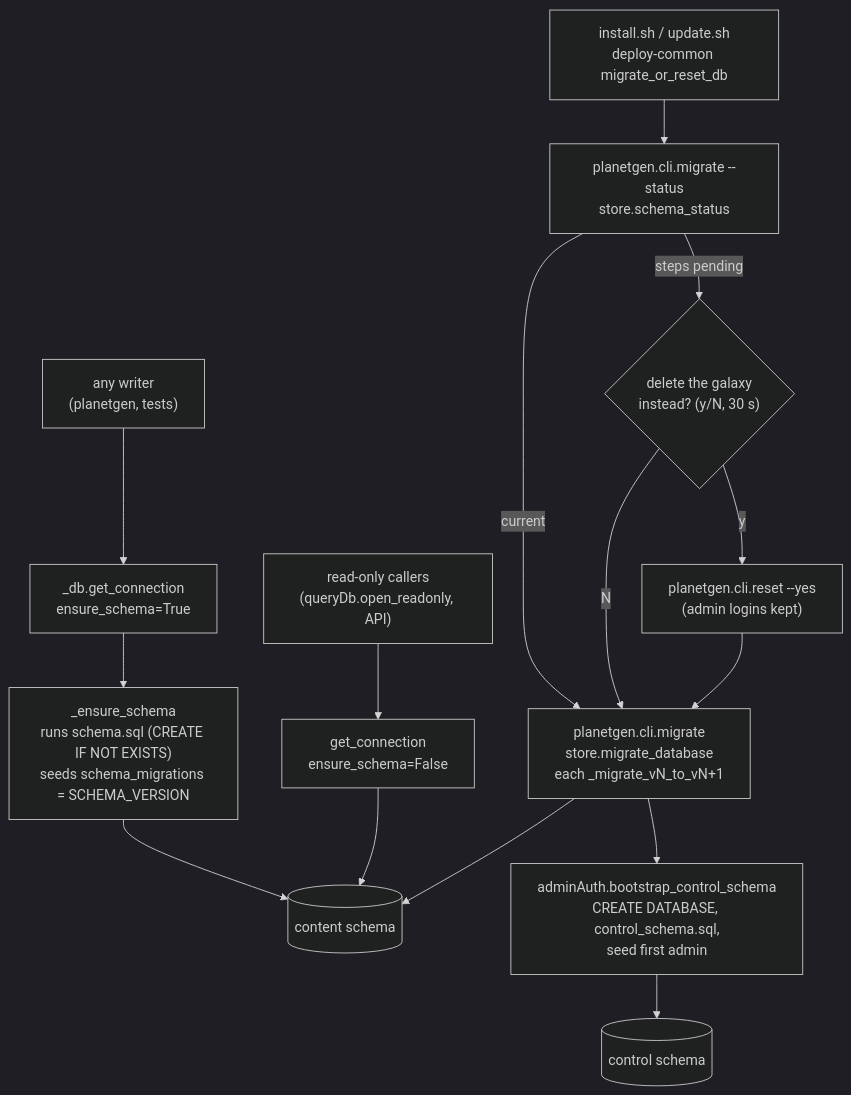
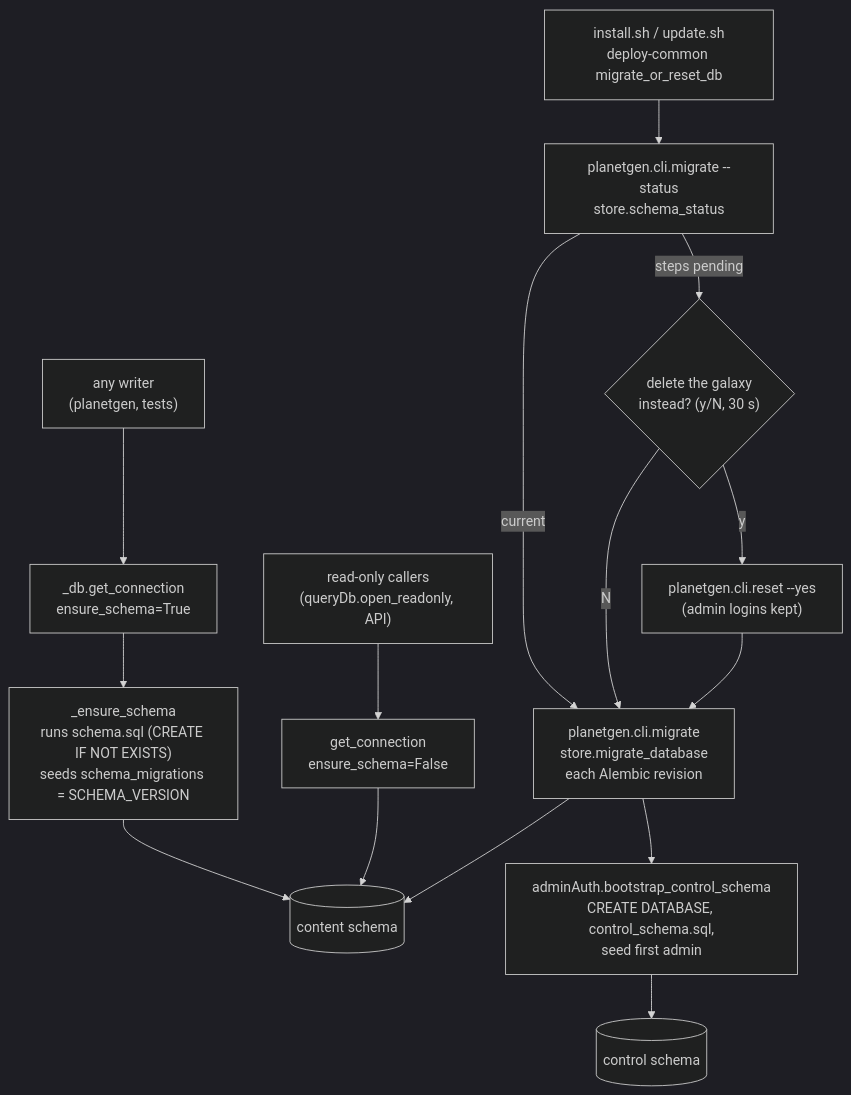
Before and after one commit to dwhagar/planetGen: the fourth of 8 diagrams in docs/design/architecture.md, drawn with Mermaid (dark theme). The commit also changed other lines of this file and 7 other files, not shown here.

First line of the commit message:
TODO: retire DB.11 (PR #751) and update the architecture flow for Alembic (#752)

````diff
--- a/docs/design/architecture.md
+++ b/docs/design/architecture.md
@@ -495,19 +495,19 @@
 ```mermaid
 flowchart TD
     Any["any writer<br/>(planetgen, tests)"] --> GC["_db.get_connection<br/>ensure_schema=True"]
     GC --> ES["_ensure_schema<br/>runs schema.sql (CREATE IF NOT EXISTS)<br/>seeds schema_migrations = SCHEMA_VERSION"]
     ES --> Content[("content schema")]
 
     RO["read-only callers<br/>(queryDb.open_readonly, API)"] --> NoDDL["get_connection<br/>ensure_schema=False"]
     NoDDL --> Content
 
     Inst["install.sh / update.sh<br/>deploy-common migrate_or_reset_db"] --> Status["planetgen.cli.migrate --status<br/>store.schema_status"]
     Status -->|"steps pending"| Ask{"delete the galaxy<br/>instead? (y/N, 30 s)"}
     Status -->|"current"| Mig
-    Ask -->|"N"| Mig["planetgen.cli.migrate<br/>store.migrate_database<br/>each _migrate_vN_to_vN+1"]
+    Ask -->|"N"| Mig["planetgen.cli.migrate<br/>store.migrate_database<br/>each Alembic revision"]
     Ask -->|"y"| Reset["planetgen.cli.reset --yes<br/>(admin logins kept)"]
     Reset --> Mig
     Mig --> Content
     Mig --> Boot["adminAuth.bootstrap_control_schema<br/>CREATE DATABASE, control_schema.sql,<br/>seed first admin"]
     Boot --> Control[("control schema")]
 ```
````
